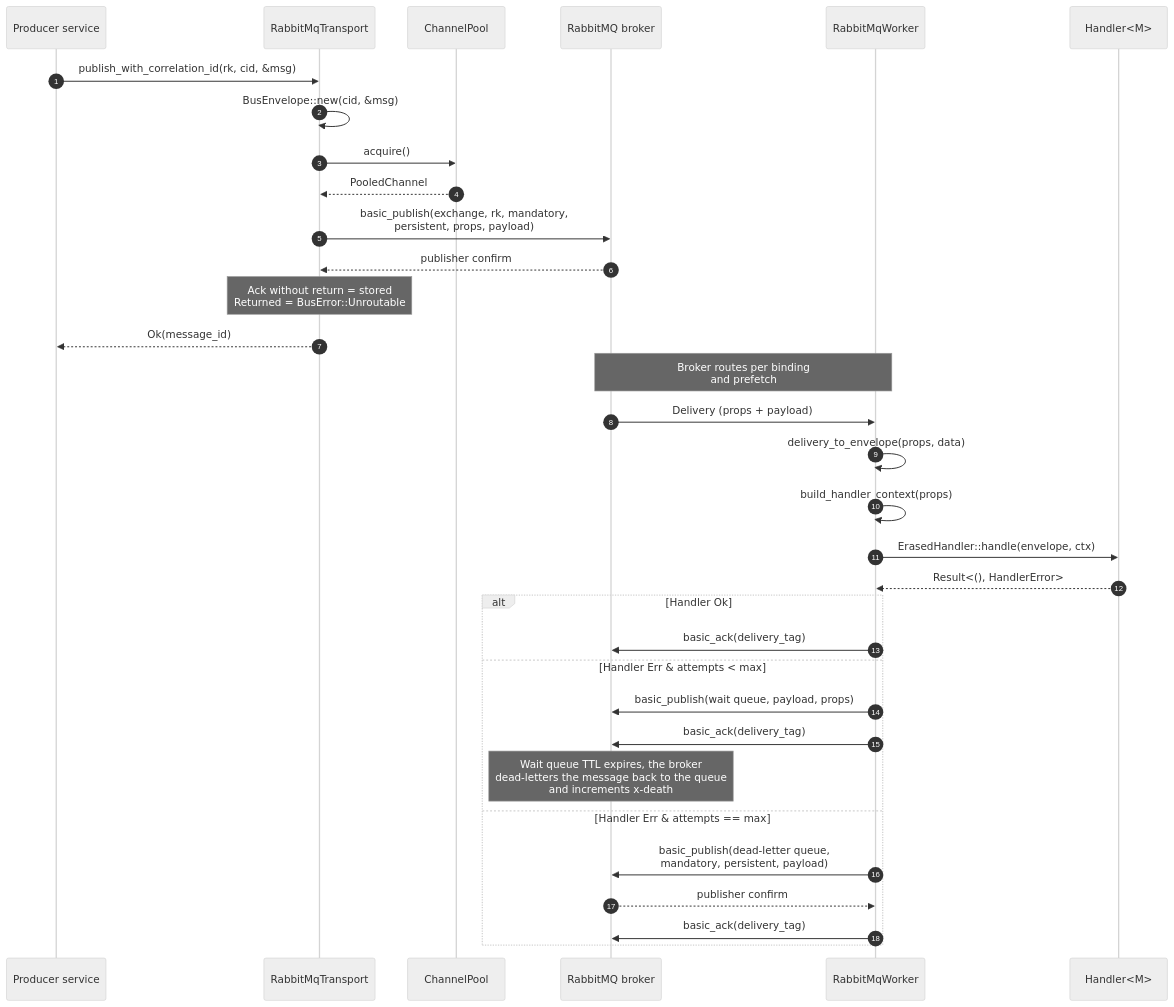
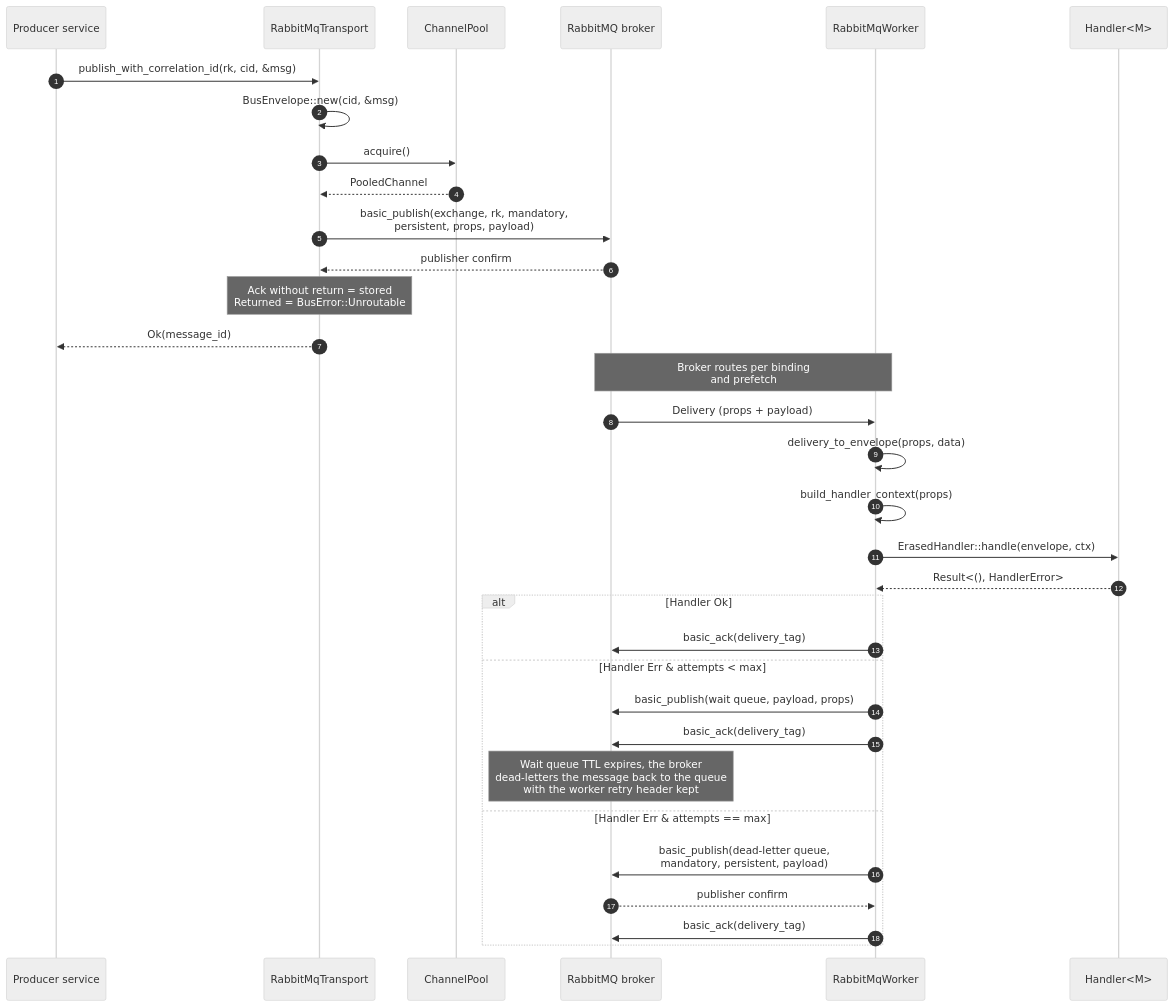
The first of 2 diagrams in docs/architecture/bus-flow.md (nubster-opensources/hexeract), drawn with Mermaid (neutral theme) before and after one commit. The commit also changed other lines of this file and 6 other files, not shown here.

Commit message:
docs: describe the worker-owned retry header and the dead-letter replay (#631)

````diff
--- a/docs/architecture/bus-flow.md
+++ b/docs/architecture/bus-flow.md
@@ -7,38 +7,38 @@
 ```mermaid
 sequenceDiagram
     autonumber
     participant App as Producer service
     participant Tx as RabbitMqTransport
     participant Pool as ChannelPool
     participant Broker as RabbitMQ broker
     participant Worker as RabbitMqWorker
     participant Handler as Handler<M>
 
     App->>Tx: publish_with_correlation_id(rk, cid, &msg)
     Tx->>Tx: BusEnvelope::new(cid, &msg)
     Tx->>Pool: acquire()
     Pool-->>Tx: PooledChannel
     Tx->>Broker: basic_publish(exchange, rk, mandatory,<br/>persistent, props, payload)
     Broker-->>Tx: publisher confirm
     Note over Tx: Ack without return = stored<br/>Returned = BusError::Unroutable
     Tx-->>App: Ok(message_id)
 
     Note over Broker,Worker: Broker routes per binding<br/>and prefetch
     Broker->>Worker: Delivery (props + payload)
     Worker->>Worker: delivery_to_envelope(props, data)
     Worker->>Worker: build_handler_context(props)
     Worker->>Handler: ErasedHandler::handle(envelope, ctx)
     Handler-->>Worker: Result<(), HandlerError>
 
     alt Handler Ok
         Worker->>Broker: basic_ack(delivery_tag)
     else Handler Err & attempts < max
         Worker->>Broker: basic_publish(wait queue, payload, props)
         Worker->>Broker: basic_ack(delivery_tag)
-        Note over Broker: Wait queue TTL expires, the broker<br/>dead-letters the message back to the queue<br/>and increments x-death
+        Note over Broker: Wait queue TTL expires, the broker<br/>dead-letters the message back to the queue<br/>with the worker retry header kept
     else Handler Err & attempts == max
         Worker->>Broker: basic_publish(dead-letter queue,<br/>mandatory, persistent, payload)
         Broker-->>Worker: publisher confirm
         Worker->>Broker: basic_ack(delivery_tag)
     end
 ```
````
